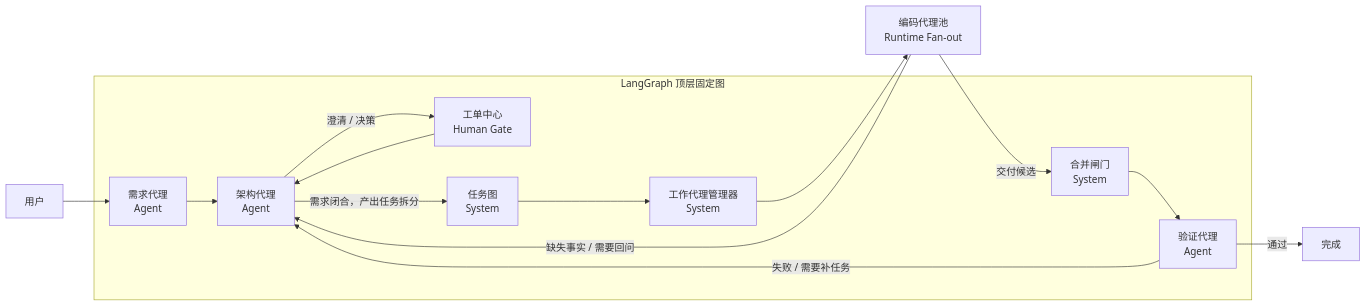
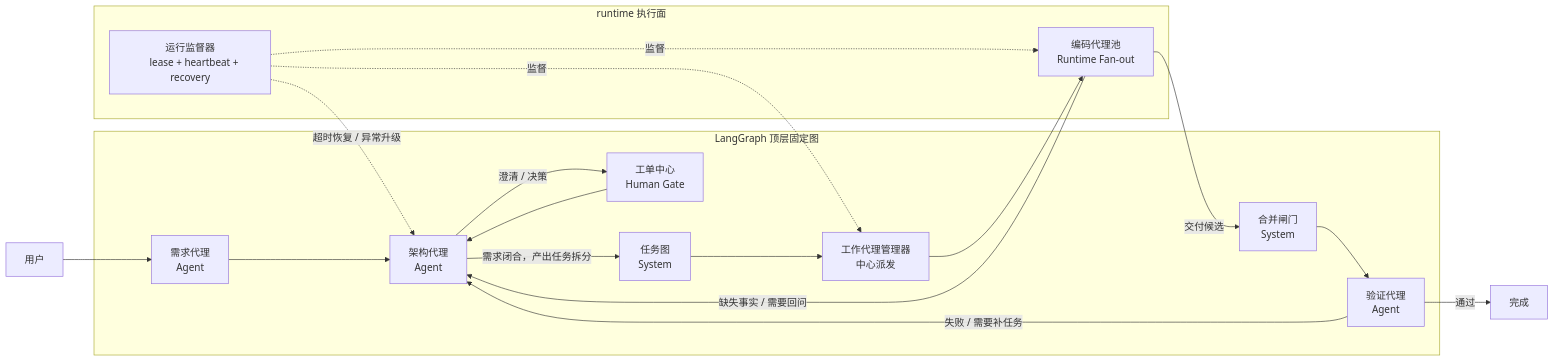
One commit to xilufeisaigao/AgentX changed the diagram in docs/architecture/02-fixed-coding-workflow.md. Above: the diagram before and after it, drawn with Mermaid. The commit also changed other lines of this file and 5 other files, not shown here.

````diff
--- a/docs/architecture/02-fixed-coding-workflow.md
+++ b/docs/architecture/02-fixed-coding-workflow.md
@@ -10,38 +10,51 @@
 ```mermaid
 flowchart LR
   USER["用户"]
 
   subgraph LG["LangGraph 顶层固定图"]
     REQ["需求代理
     Agent"]
     ARCH["架构代理
     Agent"]
     HUMAN["工单中心
     Human Gate"]
     DAG["任务图
     System"]
     MGR["工作代理管理器
     System"]
     MERGE["合并闸门
     System"]
     VERIFY["验证代理
     Agent"]
   end
 
-  CODE["编码代理池
-  Runtime Fan-out"]
+  subgraph RT["runtime 执行面"]
+    MGR["工作代理管理器
+    中心派发"]
+    CODE["编码代理池
+    Runtime Fan-out"]
+    MERGE["合并闸门
+    System"]
+    WATCH["运行监督器
+    lease + heartbeat + recovery"]
+  end
+
   DONE["完成"]
 
   USER --> REQ
   REQ --> ARCH
   ARCH -->|"澄清 / 决策"| HUMAN
   HUMAN --> ARCH
   ARCH -->|"需求闭合，产出任务拆分"| DAG
   DAG --> MGR
   MGR --> CODE
   CODE -->|"交付候选"| MERGE
   CODE -->|"缺失事实 / 需要回问"| ARCH
   MERGE --> VERIFY
   VERIFY -->|"通过"| DONE
   VERIFY -->|"失败 / 需要补任务"| ARCH
+
+  WATCH -.监督.-> CODE
+  WATCH -.监督.-> MGR
+  WATCH -.超时恢复 / 异常升级.-> ARCH
 ```
````
